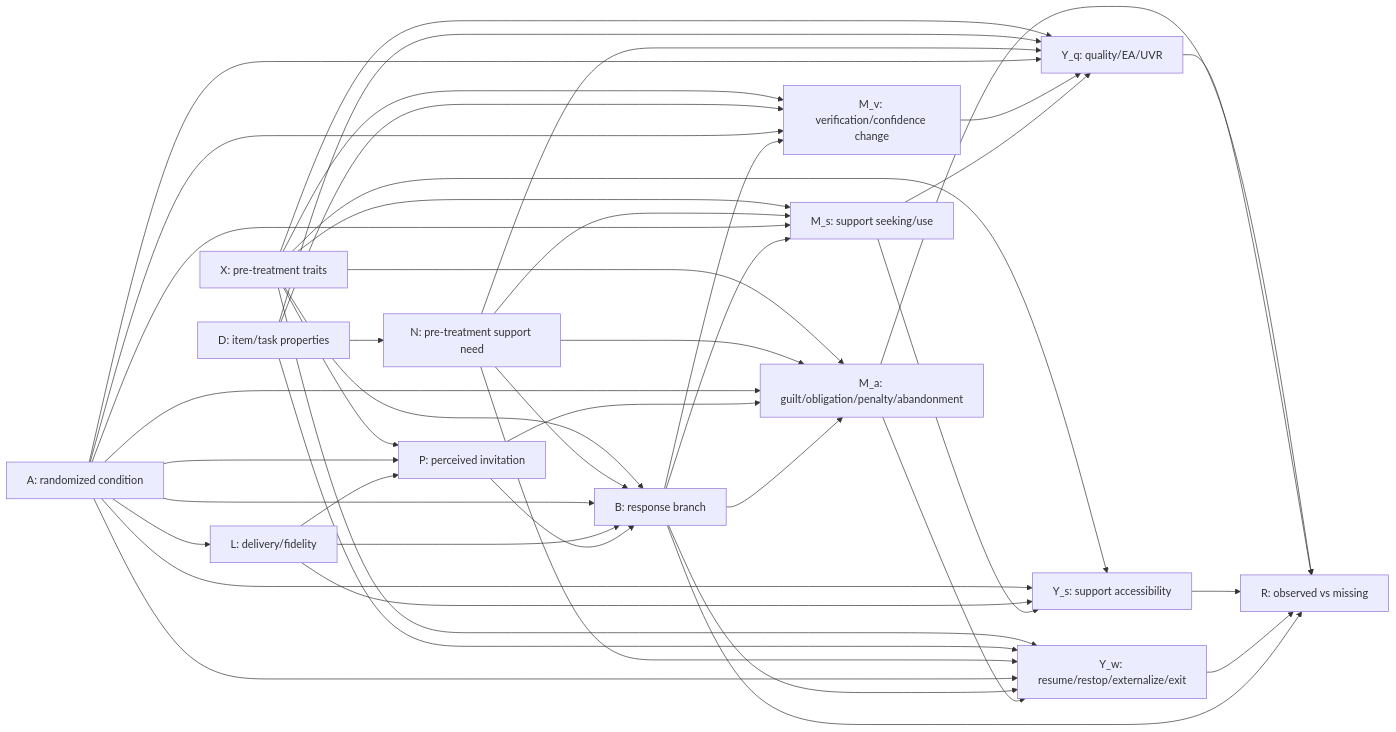
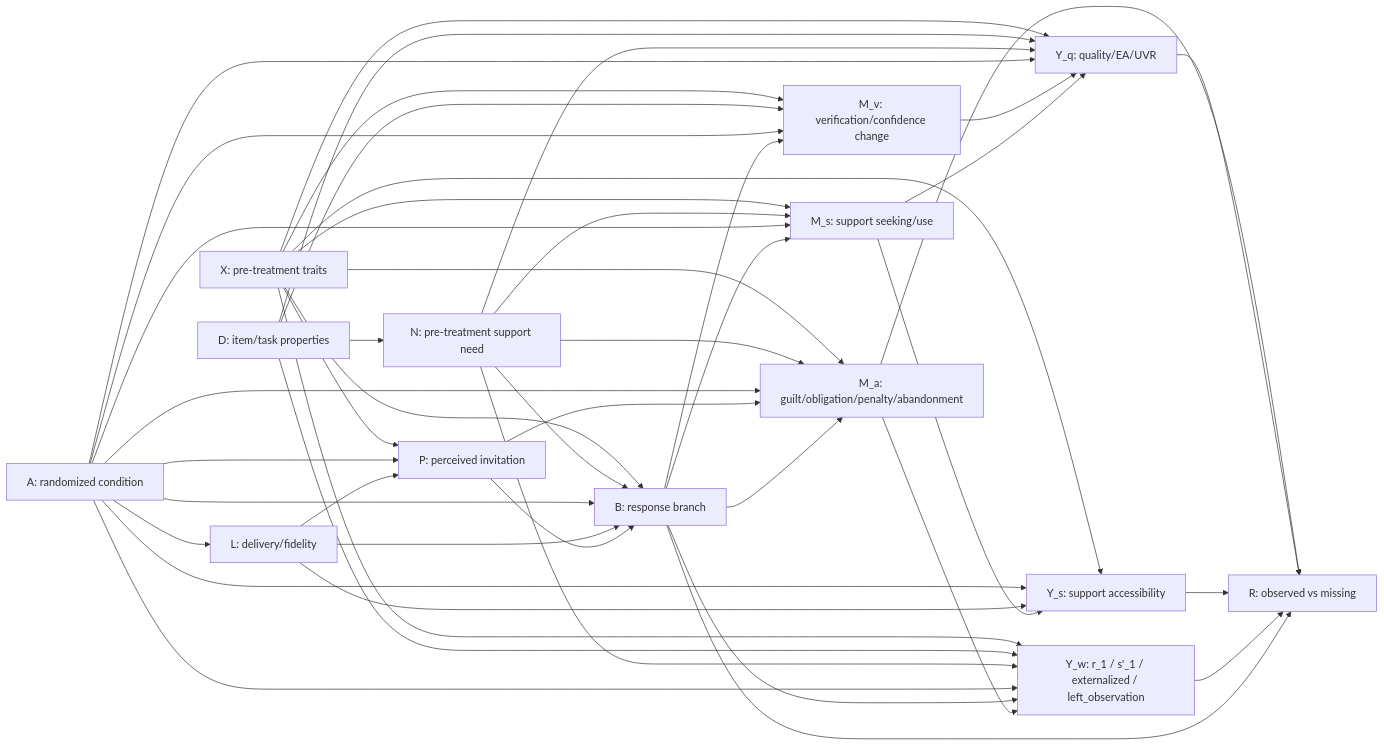
One commit to mikotomiura/GSE-prototype changed the first of 3 diagrams in .steering/20260916-gse-theory-operationalization-review/eval-ncc-dag.md. Above: the diagram before and after it, drawn with Mermaid. The commit also changed other lines of this file and 9 other files, not shown here.

````diff
--- a/.steering/20260916-gse-theory-operationalization-review/eval-ncc-dag.md
+++ b/.steering/20260916-gse-theory-operationalization-review/eval-ncc-dag.md
@@ -28,65 +28,65 @@
 ```mermaid
 flowchart LR
     X["X: pre-treatment traits"]
     D["D: item/task properties"]
     N["N: pre-treatment support need"]
     A["A: randomized condition"]
     L["L: delivery/fidelity"]
     P["P: perceived invitation"]
     B["B: response branch"]
     MV["M_v: verification/confidence change"]
     MS["M_s: support seeking/use"]
     MA["M_a: guilt/obligation/penalty/abandonment"]
     YQ["Y_q: quality/EA/UVR"]
     YS["Y_s: support accessibility"]
-    YW["Y_w: resume/restop/externalize/exit"]
+    YW["Y_w: r_1 / s'_1 / externalized / left_observation"]
     R["R: observed vs missing"]
 
     X --> P
     X --> B
     X --> MV
     X --> MS
     X --> MA
     X --> YQ
     X --> YS
     X --> YW
 
     D --> N
     D --> MV
     D --> YQ
     D --> YW
     N --> B
     N --> MS
     N --> MA
     N --> YQ
     N --> YW
 
     A --> L
     A --> P
     A --> B
     A --> MV
     A --> MS
     A --> MA
     A --> YQ
     A --> YS
     A --> YW
 
     L --> P
     L --> B
     L --> YS
     P --> B
     P --> MA
     B --> MV
     B --> MS
     B --> MA
     B --> YW
     MV --> YQ
     MS --> YS
     MS --> YQ
     MA --> YW
     MA --> R
     YQ --> R
     YS --> R
     YW --> R
     B --> R
 ```
````
